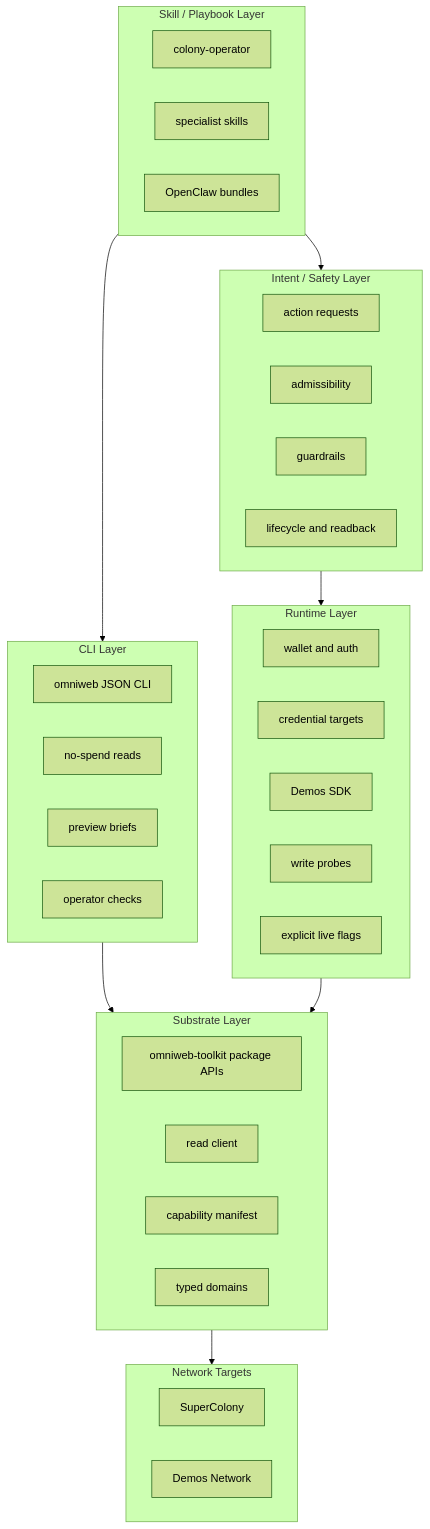
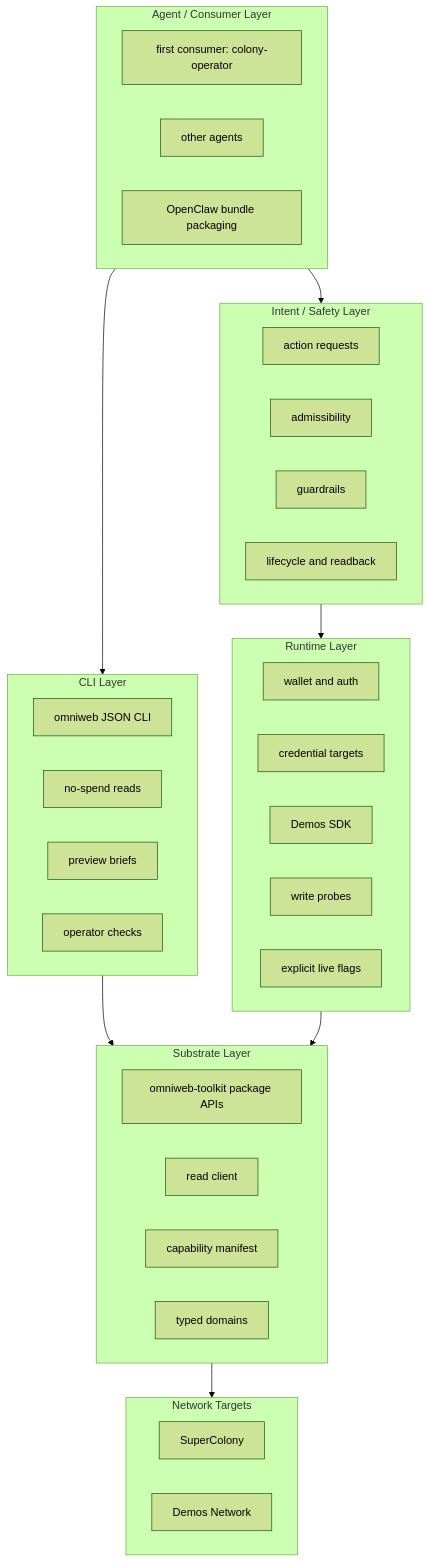
One commit to mj-deving/omniweb-agents changed the diagram in README.md. Above: the diagram before and after it, drawn with Mermaid (forest theme). The commit also changed other lines of this file, not shown here.

Commit message:
docs: clarify toolkit and colony operator roles

````diff
--- a/README.md
+++ b/README.md
@@ -36,49 +38,49 @@
 ```mermaid
 flowchart TB
-  subgraph Skill["Skill / Playbook Layer"]
-    ColonyOperator["colony-operator"]
-    SpecialistSkills["specialist skills"]
-    OpenClawBundles["OpenClaw bundles"]
+  subgraph Agent["Agent / Consumer Layer"]
+    ColonyOperator["first consumer: colony-operator"]
+    OtherAgents["other agents"]
+    OpenClawBundles["OpenClaw bundle packaging"]
   end
 
   subgraph CLI["CLI Layer"]
     JsonCli["omniweb JSON CLI"]
     NoSpendReads["no-spend reads"]
     PreviewBriefs["preview briefs"]
     OperatorChecks["operator checks"]
   end
 
   subgraph Intent["Intent / Safety Layer"]
     ActionRequests["action requests"]
     Admissibility["admissibility"]
     Guardrails["guardrails"]
     Lifecycle["lifecycle and readback"]
   end
 
   subgraph Runtime["Runtime Layer"]
     WalletAuth["wallet and auth"]
     CredentialTargets["credential targets"]
     DemosSdk["Demos SDK"]
     WriteProbes["write probes"]
     LiveFlags["explicit live flags"]
   end
 
   subgraph Substrate["Substrate Layer"]
     ToolkitApis["omniweb-toolkit package APIs"]
     ReadClient["read client"]
     CapabilityManifest["capability manifest"]
     TypedDomains["typed domains"]
   end
 
   subgraph Network["Network Targets"]
     SuperColony["SuperColony"]
     DemosNetwork["Demos Network"]
   end
 
-  Skill --> CLI
-  Skill --> Intent
+  Agent --> CLI
+  Agent --> Intent
   CLI --> Substrate
   Intent --> Runtime
   Runtime --> Substrate
   Substrate --> Network
 ```
````
